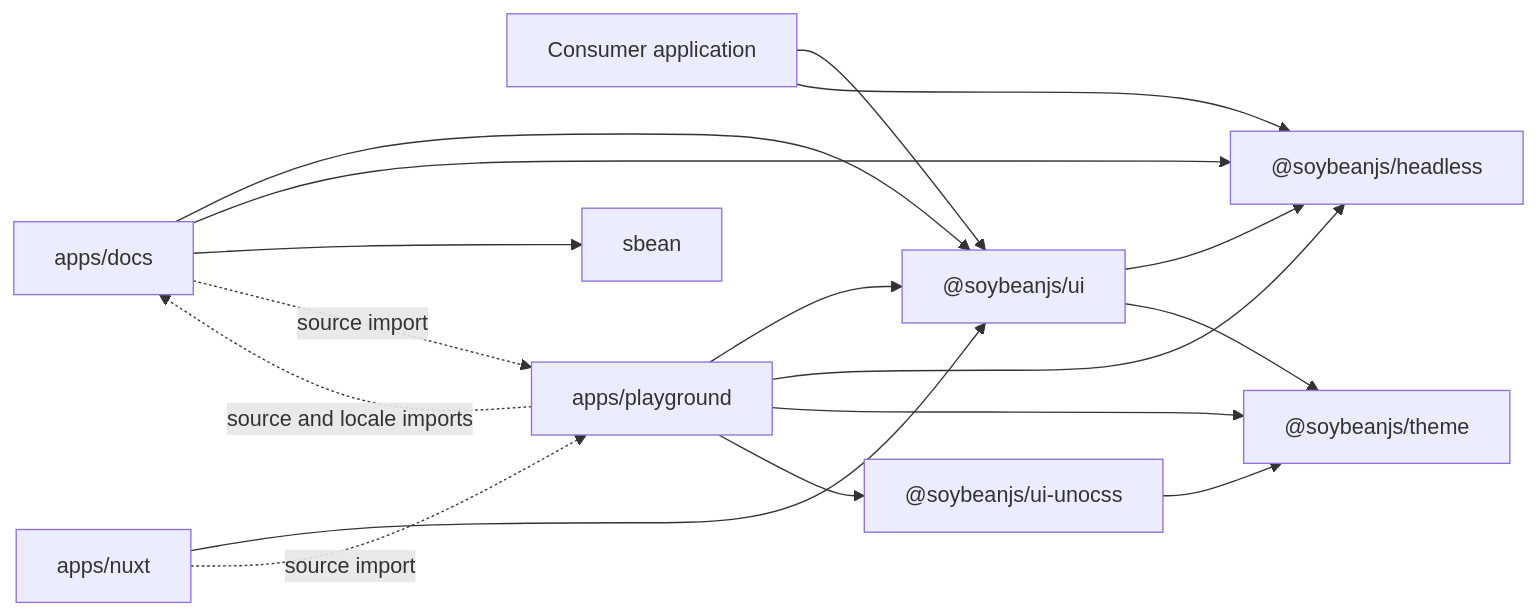
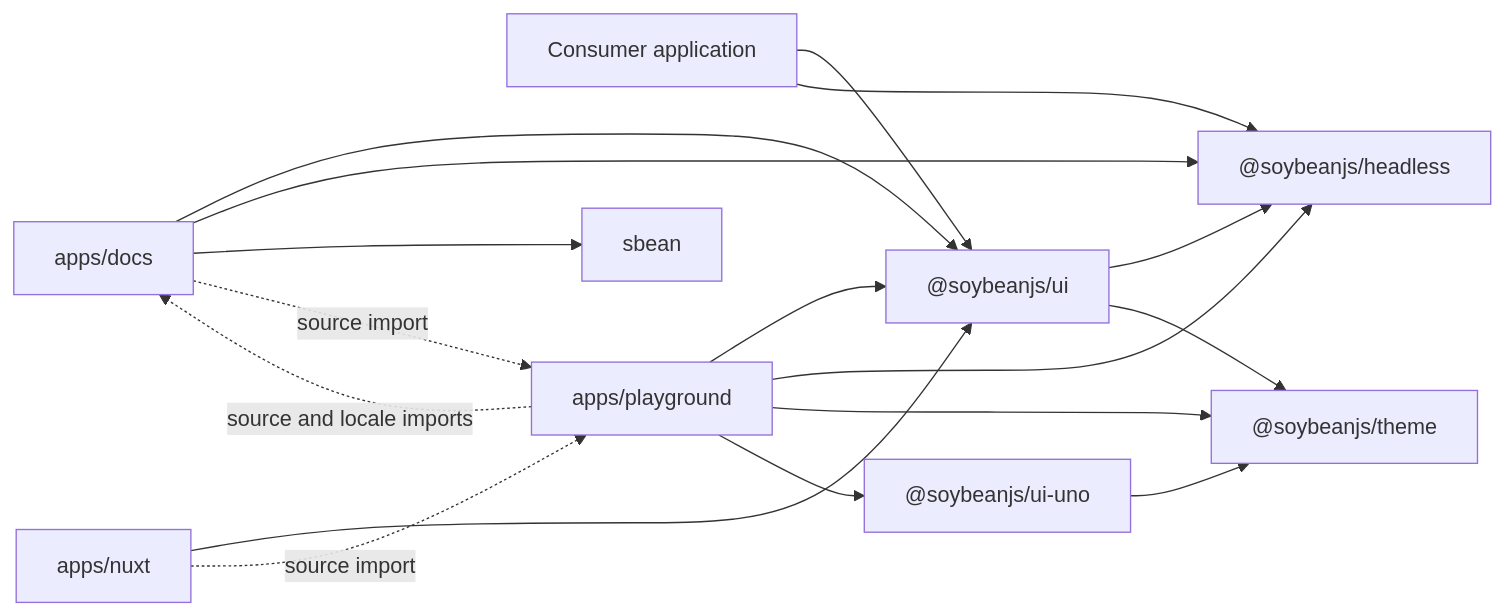
The first of 3 diagrams in docs/architecture.md (soybeanjs/soybean-ui), drawn with Mermaid before and after one commit. The commit also changed other lines of this file and 36 other files, not shown here.

````diff
--- a/docs/architecture.md
+++ b/docs/architecture.md
@@ -95,30 +95,30 @@
 ```mermaid
 flowchart LR
   Consumer[Consumer application]
   Headless["@soybeanjs/headless"]
   UI["@soybeanjs/ui"]
   Theme["@soybeanjs/theme"]
-  Uno["@soybeanjs/ui-unocss"]
+  Uno["@soybeanjs/ui-uno"]
   Sbean["sbean"]
   Docs["apps/docs"]
   Playground["apps/playground"]
   Nuxt["apps/nuxt"]
 
   Consumer --> UI
   Consumer --> Headless
   UI --> Headless
   UI --> Theme
   Uno --> Theme
   Playground --> UI
   Playground --> Headless
   Playground --> Theme
   Playground --> Uno
   Docs --> UI
   Docs --> Headless
   Docs --> Sbean
   Nuxt --> UI
 
   Docs -. source import .-> Playground
   Playground -. source and locale imports .-> Docs
   Nuxt -. source import .-> Playground
 ```
````
